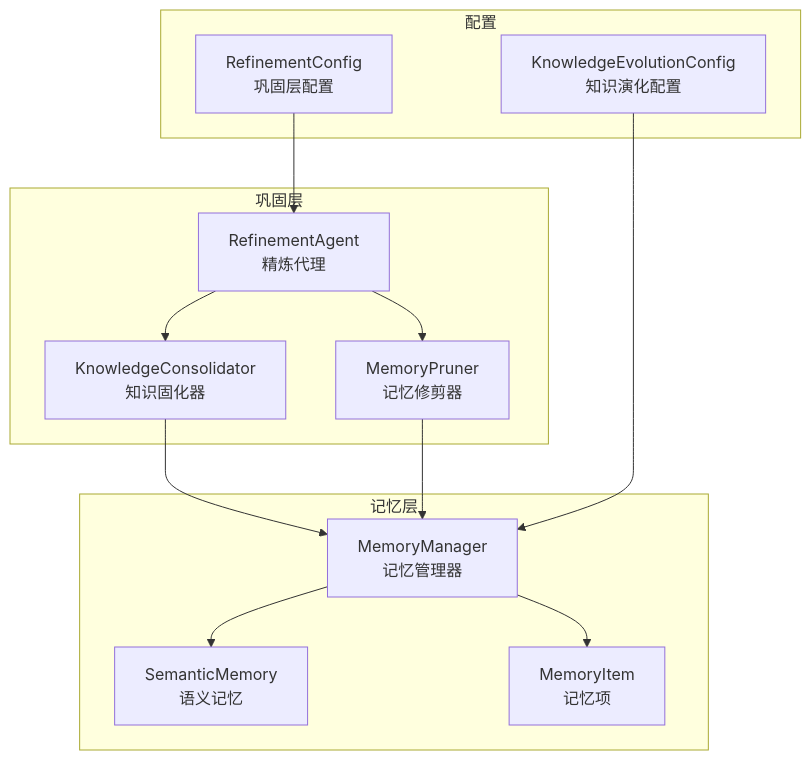
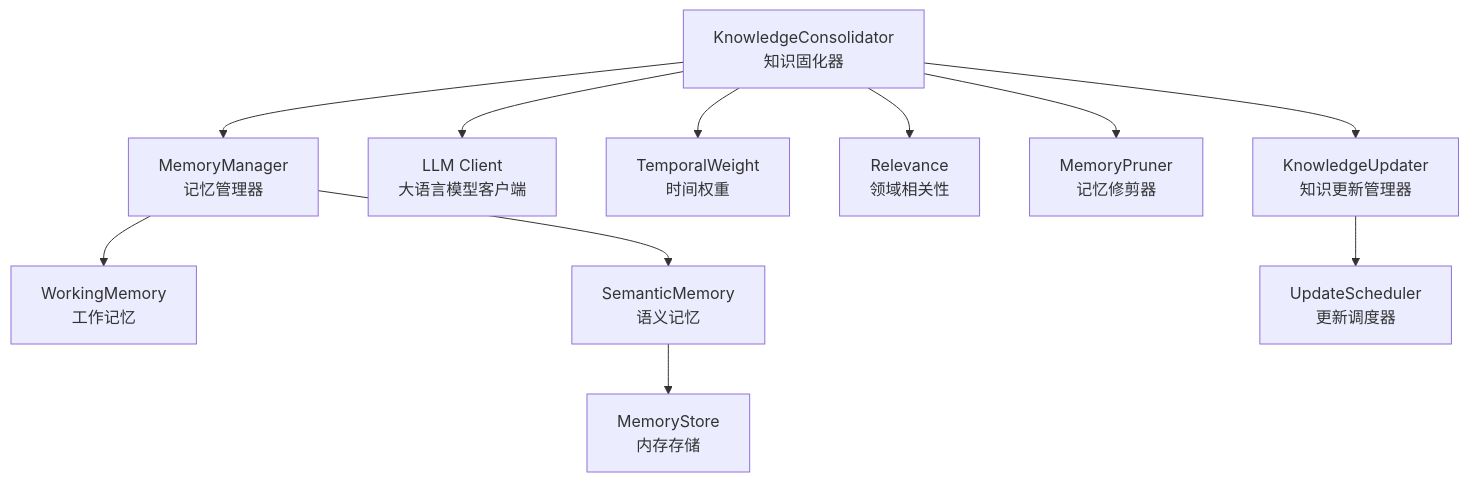
One commit to JieGaoPrinceton/NecoRAG changed the first of 12 diagrams in .qoder/repowiki/zh/content/巩固层模块/知识固化系统.md. Above: the diagram before and after it, drawn with Mermaid. The commit also changed other lines of this file and 181 other files, not shown here.

````diff
--- a/.qoder/repowiki/zh/content/巩固层模块/知识固化系统.md
+++ b/.qoder/repowiki/zh/content/巩固层模块/知识固化系统.md
@@ -44,25 +44,13 @@
 ```mermaid
 graph TB
-subgraph "巩固层"
-RC["RefinementAgent<br/>精炼代理"]
-KC["KnowledgeConsolidator<br/>知识固化器"]
-MP["MemoryPruner<br/>记忆修剪器"]
-end
-subgraph "记忆层"
-MM["MemoryManager<br/>记忆管理器"]
-SM["SemanticMemory<br/>语义记忆"]
-DM["MemoryItem<br/>记忆项"]
-end
-subgraph "配置"
-CFG["RefinementConfig<br/>巩固层配置"]
-KECFG["KnowledgeEvolutionConfig<br/>知识演化配置"]
-end
-RC --> KC
-RC --> MP
-KC --> MM
-MP --> MM
-MM --> SM
-MM --> DM
-CFG --> RC
-KECFG --> MM
+CONS["KnowledgeConsolidator<br/>知识固化器"] --> MEM["MemoryManager<br/>记忆管理器"]
+CONS --> LLM["LLM Client<br/>大语言模型客户端"]
+MEM --> WM["WorkingMemory<br/>工作记忆"]
+MEM --> SM["SemanticMemory<br/>语义记忆"]
+SM --> MS["MemoryStore<br/>内存存储"]
+CONS --> TW["TemporalWeight<br/>时间权重"]
+CONS --> RL["Relevance<br/>领域相关性"]
+CONS --> PR["MemoryPruner<br/>记忆修剪器"]
+CONS --> EV["KnowledgeUpdater<br/>知识更新管理器"]
+EV --> SCH["UpdateScheduler<br/>更新调度器"]
 ```
````
